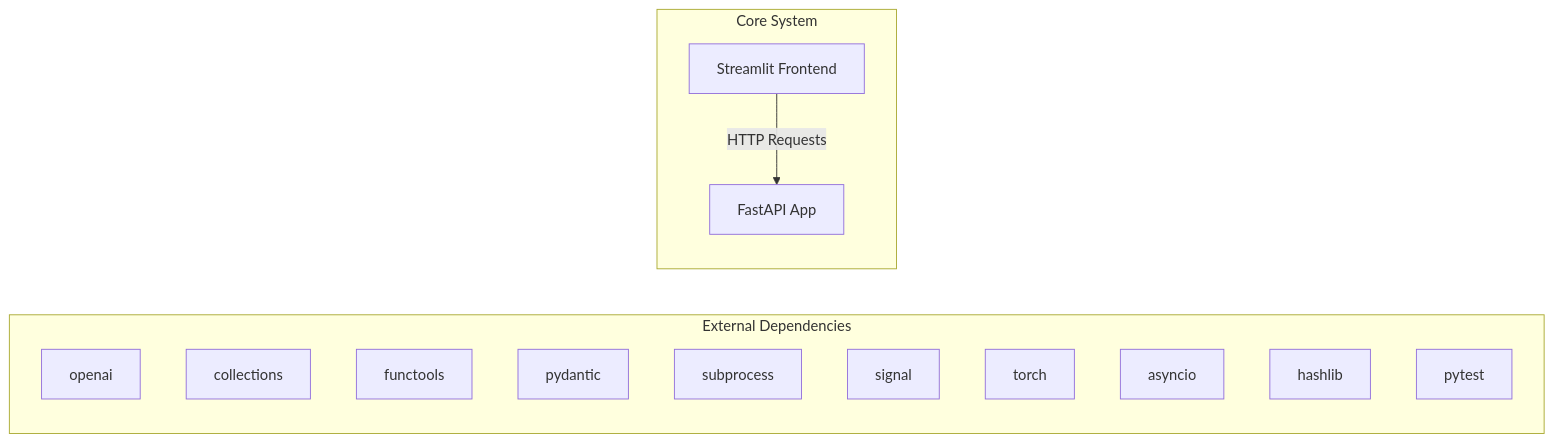
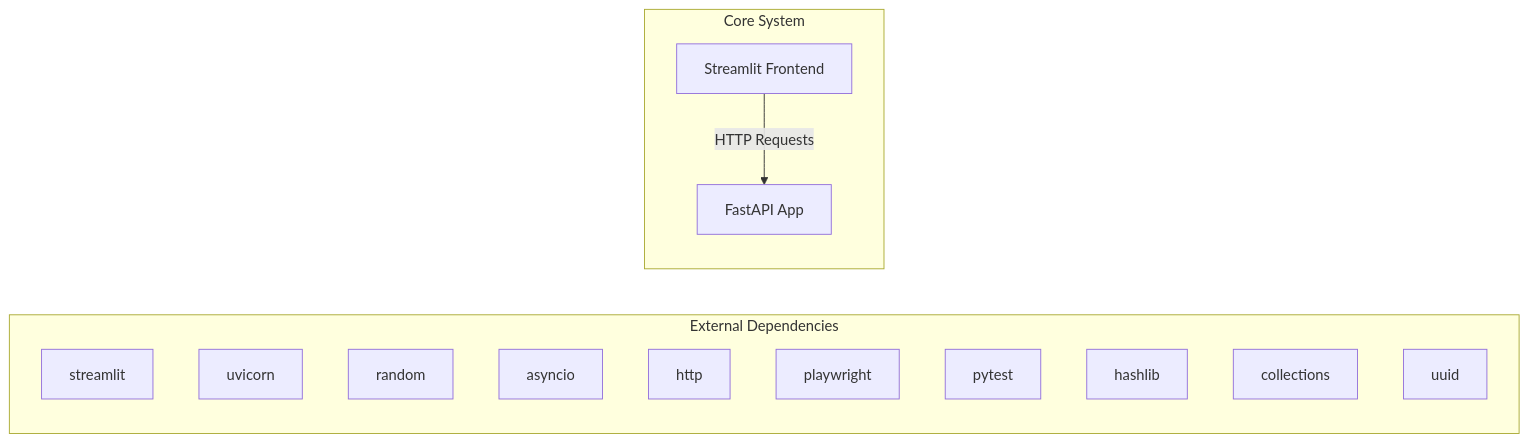
One commit to NITISH-R-G/rag-context-optimizer changed the first of 2 diagrams in docs/architecture.md. Above: the diagram before and after it, drawn with Mermaid. The commit also changed 1 other file, not shown here.

Commit message:
docs: auto-update repository knowledge, architecture diagrams, and documentation

````diff
--- a/docs/architecture.md
+++ b/docs/architecture.md
@@ -7,20 +7,20 @@
 ```mermaid
 graph LR
     subgraph External Dependencies
-        E0["openai"]
-        E1["collections"]
-        E2["functools"]
-        E3["pydantic"]
-        E4["subprocess"]
-        E5["signal"]
-        E6["torch"]
-        E7["asyncio"]
-        E8["hashlib"]
-        E9["pytest"]
+        E0["streamlit"]
+        E1["uvicorn"]
+        E2["random"]
+        E3["asyncio"]
+        E4["http"]
+        E5["playwright"]
+        E6["pytest"]
+        E7["hashlib"]
+        E8["collections"]
+        E9["uuid"]
     end
     subgraph Core System
         API["FastAPI App"]
         UI["Streamlit Frontend"]
     end
     UI -->|HTTP Requests| API
 ```
````
